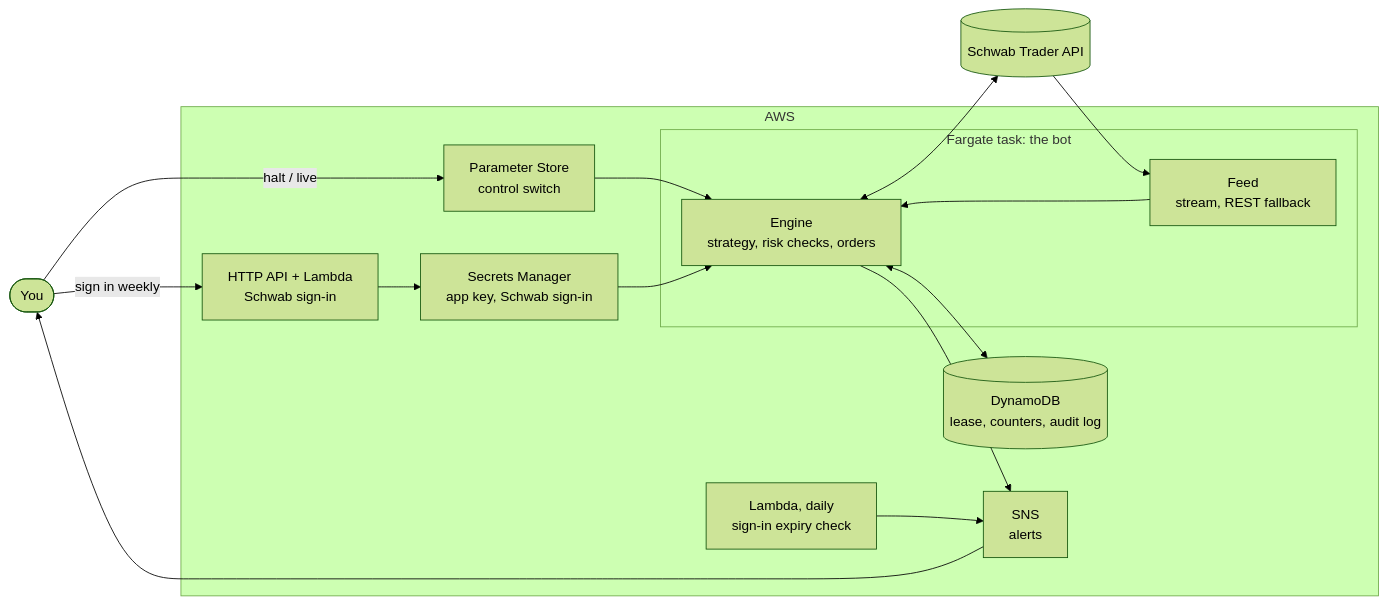
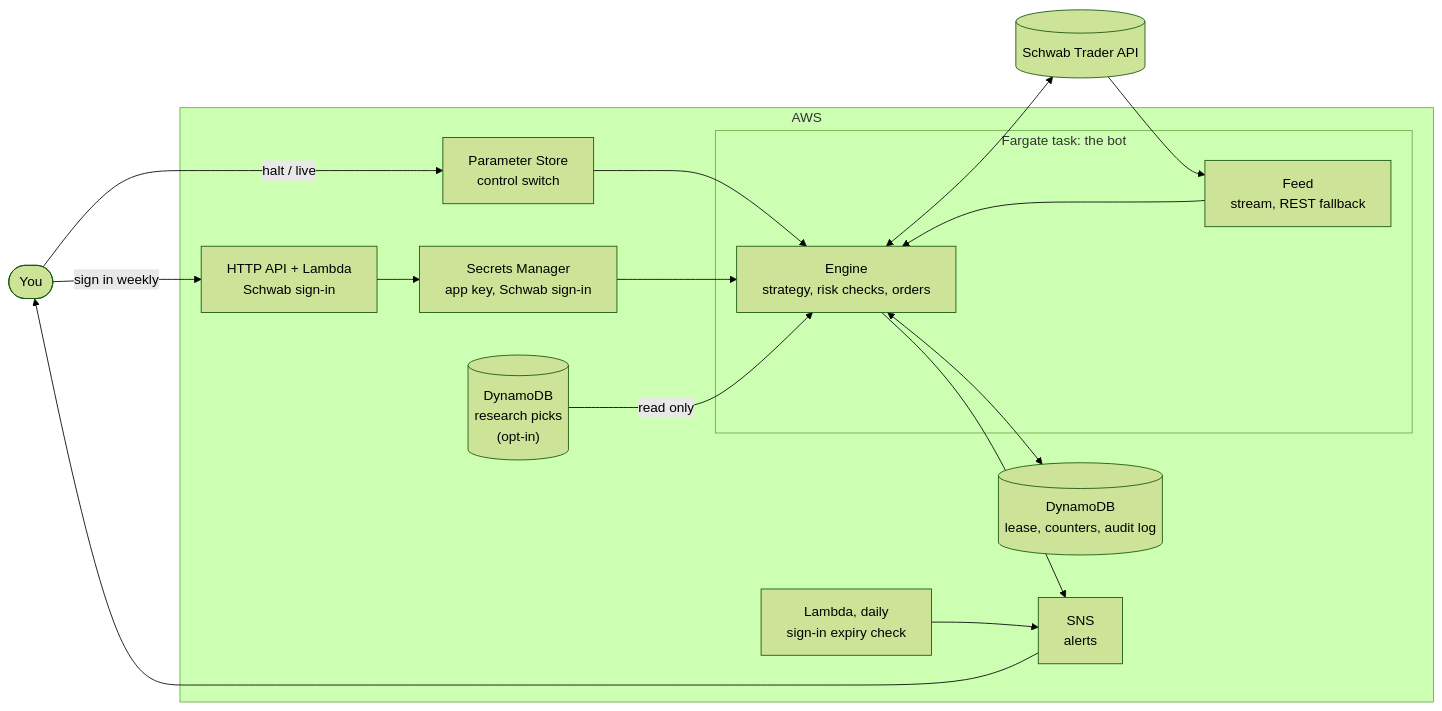
The diagram in README.md (derekchisholm/traider), drawn with Mermaid (forest theme) before and after one commit. The commit also changed other lines of this file and 4 other files, not shown here.

````diff
--- a/README.md
+++ b/README.md
@@ -24,31 +24,33 @@
 ```mermaid
 flowchart LR
     you([You])
     schwab[(Schwab Trader API)]
 
     subgraph aws [AWS]
         subgraph task [Fargate task: the bot]
             feed["Feed<br/>stream, REST fallback"]
             engine["Engine<br/>strategy, risk checks, orders"]
             feed --> engine
         end
         control["Parameter Store<br/>control switch"]
         secrets["Secrets Manager<br/>app key, Schwab sign-in"]
         state[("DynamoDB<br/>lease, counters, audit log")]
+        research[("DynamoDB<br/>research picks<br/>(opt-in)")]
         alerts["SNS<br/>alerts"]
         signin["HTTP API + Lambda<br/>Schwab sign-in"]
         watchdog["Lambda, daily<br/>sign-in expiry check"]
     end
 
     schwab --> feed
     engine <--> schwab
     control --> engine
     secrets --> engine
     engine <--> state
+    research -- "read only" --> engine
     engine --> alerts
     watchdog --> alerts
     alerts --> you
     you -- "sign in weekly" --> signin
     signin --> secrets
     you -- "halt / live" --> control
 ```
````
